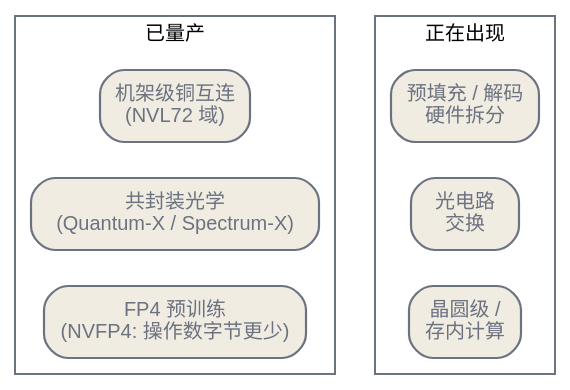
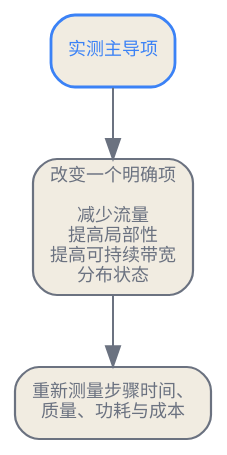
The fourth of 4 diagrams in zh/infrastructure/05-the-compute-frontier.qmd (latere-ai/ai-as-an-infrastructure), drawn with Graphviz before and after one commit. The commit also changed other lines of this file and 3 other files, not shown here.

Commit message:
docs: rewrite Chinese compute frontier chapter

````diff
--- a/zh/infrastructure/05-the-compute-frontier.qmd
+++ b/zh/infrastructure/05-the-compute-frontier.qmd
@@ -120,24 +192,17 @@
 ```{dot}
-//| label: fig-compute-frontier-escapes
-//| fig-cap: "缓解带宽墙的几条路，按成熟度排。左列在量产；右列已演示但非默认。中间两条不靠新互连，而是用数值和阶段专门化来缓解带宽墙。"
-digraph escapes {
-  rankdir=LR;
+//| label: fig-compute-frontier-escape-map
+//| fig-cap: "只有改变当前主导项，破局手段才有用。每种手段都会产生新的成本，必须在同一个工作负载边界上测量。"
+digraph escape_map {
+  rankdir=TB;
   bgcolor="transparent";
-  node [shape=box, style="rounded,filled", fontname="Helvetica", fontsize=10, color="#6b7280", fontcolor="#6b7280", fillcolor="#f1ece1", penwidth=1.1];
-  edge [color="#6b7280"];
+  node [shape=box, style="rounded,filled", fontname="Helvetica", fontsize=9,
+        color="#6b7280", fontcolor="#6b7280", fillcolor="#f1ece1", penwidth=1.1];
+  edge [fontname="Helvetica", fontsize=9, color="#6b7280", fontcolor="#6b7280"];
 
-  subgraph cluster_ship { label="已量产"; color="#6b7280"; fontname="Helvetica"; fontsize=10;
-    rack [label="机架级铜互连\n(NVL72 域)"];
-    cpo  [label="共封装光学\n(Quantum-X / Spectrum-X)"];
-    fp4  [label="FP4 预训练\n(NVFP4: 操作数字节更少)"];
-  }
-  subgraph cluster_emerge { label="正在出现"; color="#6b7280"; fontname="Helvetica"; fontsize=10;
-    disagg [label="预填充 / 解码\n硬件拆分"];
-    ocs    [label="光电路\n交换"];
-    wafer  [label="晶圆级 /\n存内计算"];
-  }
-  rack -> disagg [style=invis];
-  cpo -> ocs [style=invis];
-  fp4 -> wafer [style=invis];
+  bound [label="实测主导项", color="#3b82f6", fontcolor="#3b82f6", penwidth=1.4];
+  levers [label="改变一个明确项\n\n减少流量\n提高局部性\n提高可持续带宽\n分布状态"];
+  verify [label="重新测量步骤时间、\n质量、功耗与成本"];
+
+  bound -> levers -> verify;
 }
 ```
````
